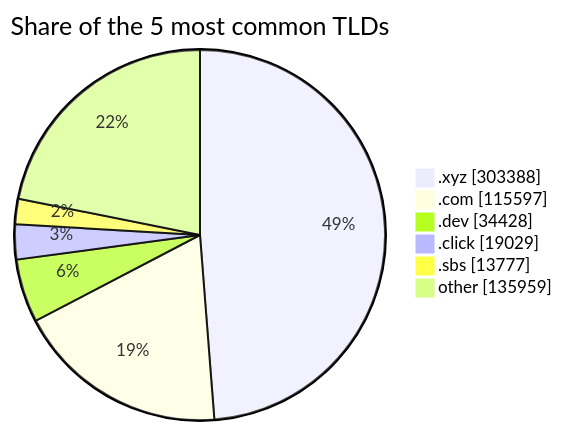
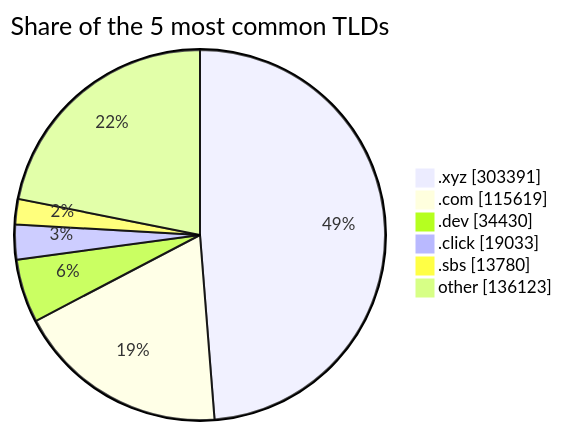
One commit to DNSBunker/CTI changed the third of 3 diagrams in README.md. Above: the diagram before and after it, drawn with Mermaid. The commit also changed other lines of this file and 3 other files, not shown here.

````diff
--- a/README.md
+++ b/README.md
@@ -81,9 +81,9 @@
 ```mermaid
 pie showData title Share of the 5 most common TLDs
-    ".xyz" : 303388
-    ".com" : 115597
-    ".dev" : 34428
-    ".click" : 19029
-    ".sbs" : 13777
-    "other" : 135959
+    ".xyz" : 303391
+    ".com" : 115619
+    ".dev" : 34430
+    ".click" : 19033
+    ".sbs" : 13780
+    "other" : 136123
 ```
````
